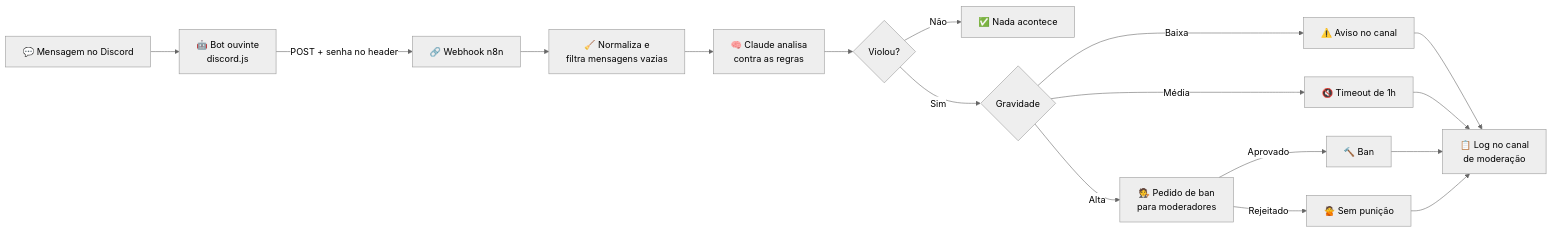
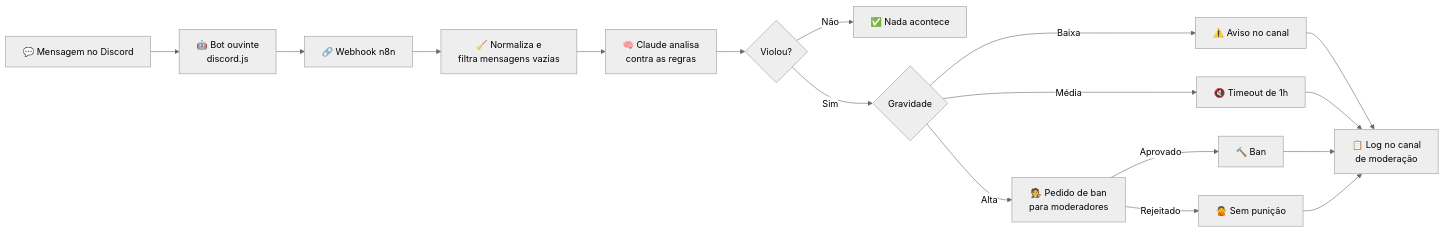
The diagram in README.md (Pedrojxiv/Ethics-police-agent), drawn with Mermaid (neutral theme) before and after one commit. The commit also changed other lines of this file, not shown here.

````diff
--- a/README.md
+++ b/README.md
@@ -39,16 +39,16 @@
 ```mermaid
 flowchart LR
     A[💬 Mensagem no Discord] --> B[🤖 Bot ouvinte<br/>discord.js]
-    B -- POST + senha no header --> C[🔗 Webhook n8n]
+    B --> C[🔗 Webhook n8n]
     C --> D[🧹 Normaliza e<br/>filtra mensagens vazias]
     D --> E[🧠 Claude analisa<br/>contra as regras]
     E --> F{Violou?}
     F -- Não --> G[✅ Nada acontece]
     F -- Sim --> H{Gravidade}
     H -- Baixa --> I[⚠️ Aviso no canal]
     H -- Média --> J[🔇 Timeout de 1h]
     H -- Alta --> K[🧑‍⚖️ Pedido de ban<br/>para moderadores]
     K -- Aprovado --> L[🔨 Ban]
     K -- Rejeitado --> M[🙅 Sem punição]
     I & J & L & M --> N[📋 Log no canal<br/>de moderação]
 ```
````
